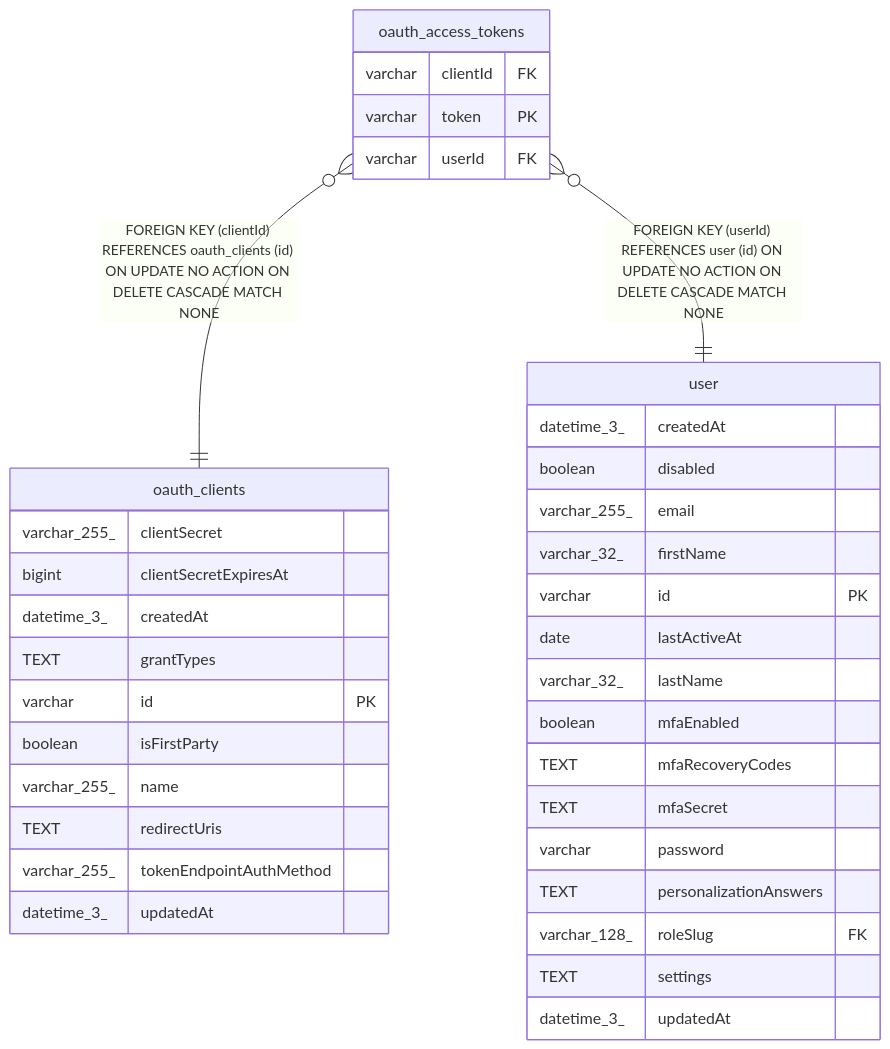
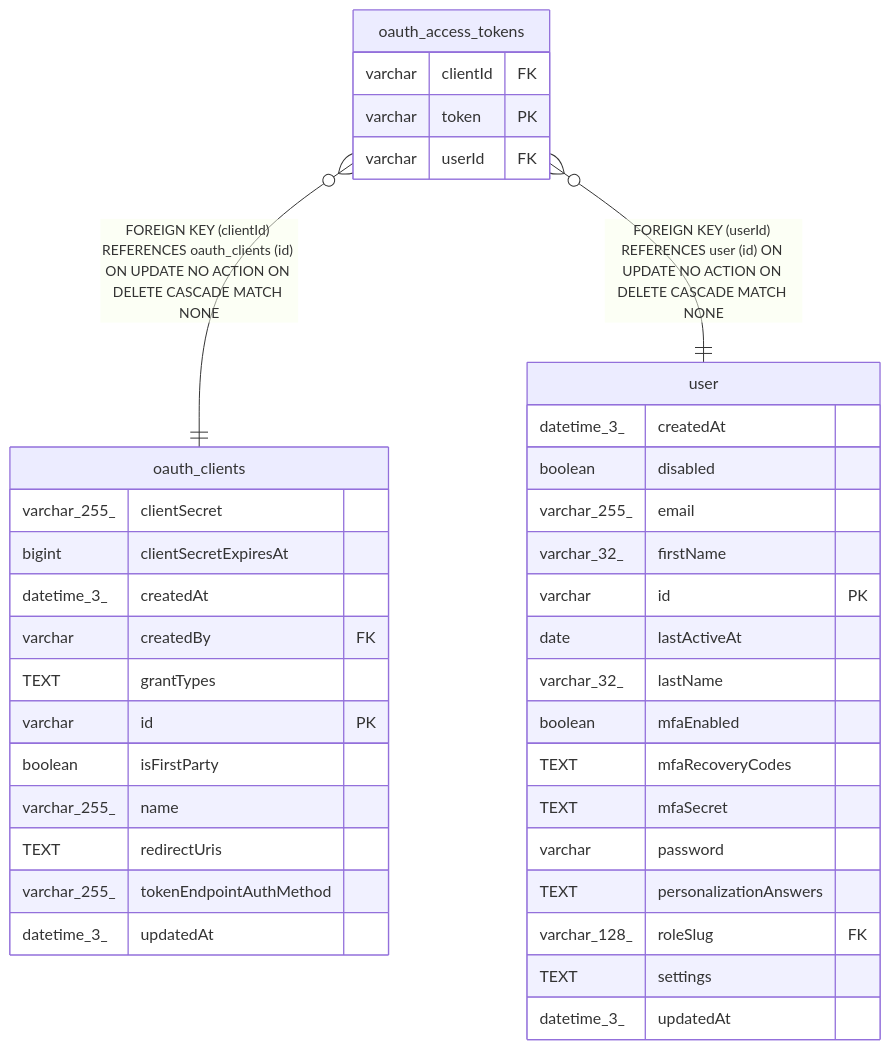
The diagram in docs/generated/sqlite-schema/oauth_access_tokens.md (mayankjain1815-commits/n8n), drawn with Mermaid before and after one commit. The commit also changed 39 other files, not shown here.

````diff
--- a/docs/generated/sqlite-schema/oauth_access_tokens.md
+++ b/docs/generated/sqlite-schema/oauth_access_tokens.md
@@ -39,41 +39,42 @@
 ```mermaid
 erDiagram
 
 "oauth_access_tokens" }o--|| "oauth_clients" : "FOREIGN KEY (clientId) REFERENCES oauth_clients (id) ON UPDATE NO ACTION ON DELETE CASCADE MATCH NONE"
 "oauth_access_tokens" }o--|| "user" : "FOREIGN KEY (userId) REFERENCES user (id) ON UPDATE NO ACTION ON DELETE CASCADE MATCH NONE"
 
 "oauth_access_tokens" {
   varchar clientId FK
   varchar token PK
   varchar userId FK
 }
 "oauth_clients" {
   varchar_255_ clientSecret
   bigint clientSecretExpiresAt
   datetime_3_ createdAt
+  varchar createdBy FK
   TEXT grantTypes
   varchar id PK
   boolean isFirstParty
   varchar_255_ name
   TEXT redirectUris
   varchar_255_ tokenEndpointAuthMethod
   datetime_3_ updatedAt
 }
 "user" {
   datetime_3_ createdAt
   boolean disabled
   varchar_255_ email
   varchar_32_ firstName
   varchar id PK
   date lastActiveAt
   varchar_32_ lastName
   boolean mfaEnabled
   TEXT mfaRecoveryCodes
   TEXT mfaSecret
   varchar password
   TEXT personalizationAnswers
   varchar_128_ roleSlug FK
   TEXT settings
   datetime_3_ updatedAt
 }
 ```
````
